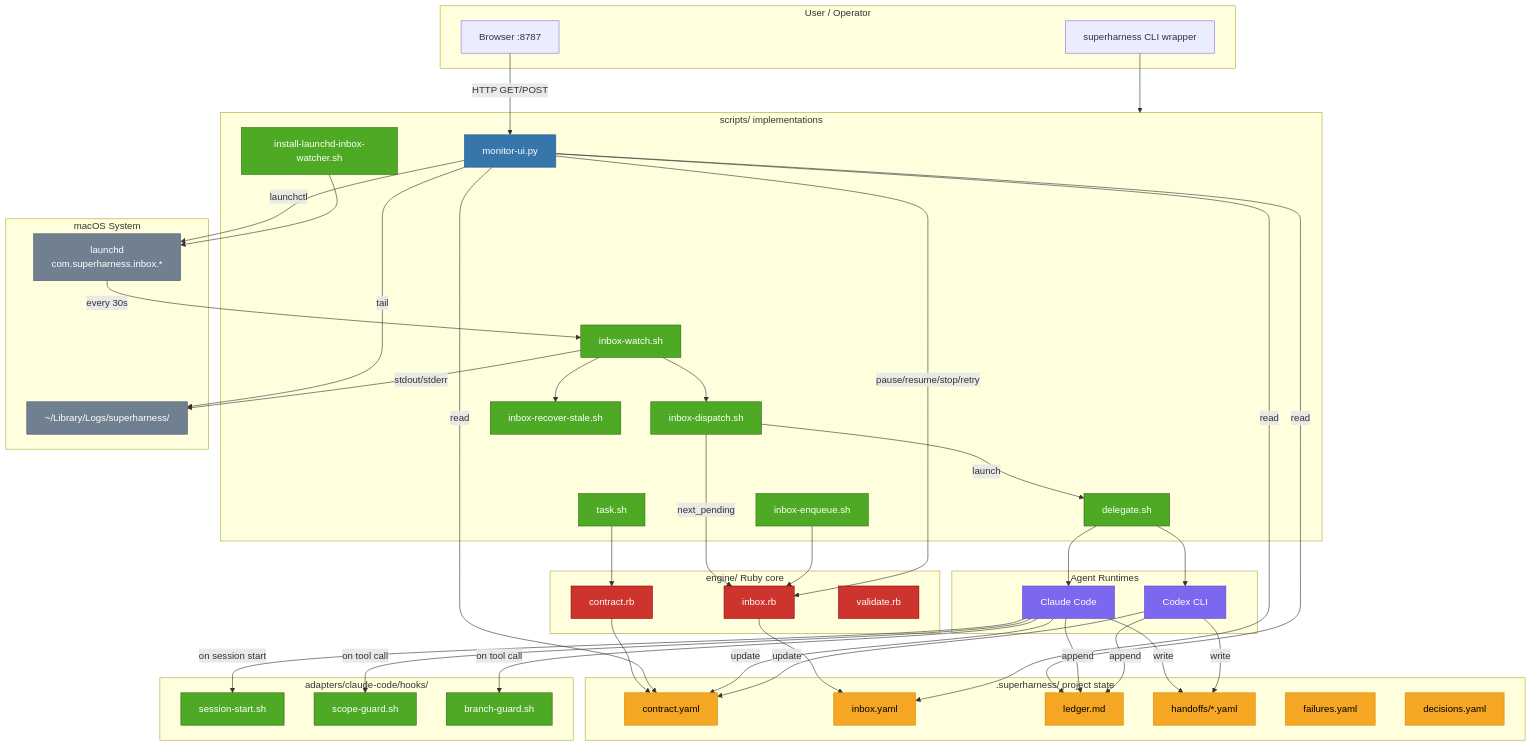
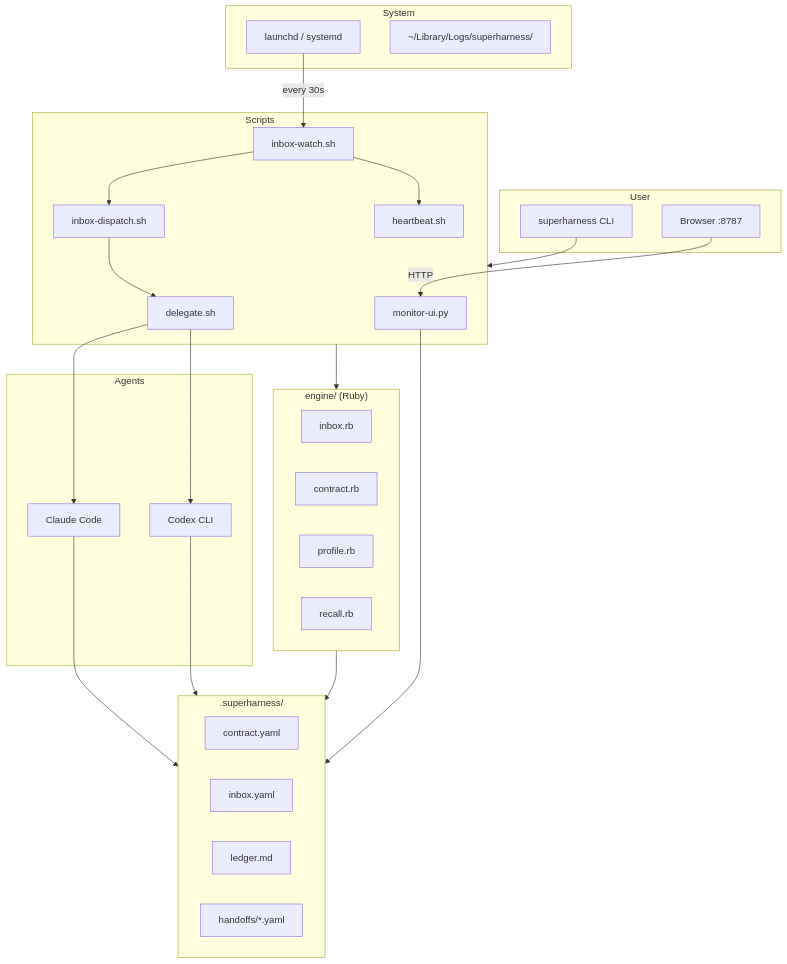
The diagram in docs/ARCHITECTURE.md (artificemachine/superharness), drawn with Mermaid before and after one commit. The commit also changed other lines of this file and 5 other files, not shown here.

Commit message:
docs: trim and consolidate — delete RELEASES/ROADMAP/TEAMS, shrink ARCHITECTURE, merge teams into GUIDE, update version to v0.8

````diff
--- a/docs/ARCHITECTURE.md
+++ b/docs/ARCHITECTURE.md
@@ -488,100 +81,53 @@
 ```mermaid
 graph TB
-    subgraph User["User / Operator"]
-        CLI["superharness CLI wrapper"]
-        MonitorBrowser["Browser :8787"]
+    subgraph User
+        CLI["superharness CLI"]
+        Browser["Browser :8787"]
     end
 
-    subgraph Scripts["scripts/ implementations"]
-        delegate_sh["delegate.sh"]
-        inbox_dispatch["inbox-dispatch.sh"]
-        inbox_watch["inbox-watch.sh"]
-        inbox_enqueue["inbox-enqueue.sh"]
-        inbox_recover["inbox-recover-stale.sh"]
-        task_sh["task.sh"]
-        monitor_ui["monitor-ui.py"]
-        install_launchd["install-launchd-inbox-watcher.sh"]
+    subgraph Scripts
+        delegate["delegate.sh"]
+        dispatch["inbox-dispatch.sh"]
+        watch["inbox-watch.sh"]
+        heartbeat["heartbeat.sh"]
+        monitor["monitor-ui.py"]
     end
 
-    subgraph Engine["engine/ Ruby core"]
+    subgraph Engine["engine/ (Ruby)"]
         inbox_rb["inbox.rb"]
         contract_rb["contract.rb"]
-        validate_rb["validate.rb"]
+        profile_rb["profile.rb"]
+        recall_rb["recall.rb"]
     end
 
-    subgraph State[".superharness/ project state"]
-        contract_yaml["contract.yaml"]
-        inbox_yaml["inbox.yaml"]
-        ledger_md["ledger.md"]
+    subgraph State[".superharness/"]
+        contract["contract.yaml"]
+        inbox["inbox.yaml"]
+        ledger["ledger.md"]
         handoffs["handoffs/*.yaml"]
-        failures["failures.yaml"]
-        decisions["decisions.yaml"]
     end
 
-    subgraph Agents["Agent Runtimes"]
+    subgraph Agents
         claude["Claude Code"]
         codex["Codex CLI"]
     end
 
-    subgraph System["macOS System"]
-        launchd["launchd<br/>com.superharness.inbox.*"]
+    subgraph System
+        launchd["launchd / systemd"]
         logs["~/Library/Logs/superharness/"]
     end
 
-    subgraph Hooks["adapters/claude-code/hooks/"]
-        session_start["session-start.sh"]
-        scope_guard["scope-guard.sh"]
-        branch_guard["branch-guard.sh"]
-    end
-
     CLI --> Scripts
-    MonitorBrowser -->|HTTP GET/POST| monitor_ui
-
-    launchd -->|every 30s| inbox_watch
-    inbox_watch --> inbox_recover
-    inbox_watch --> inbox_dispatch
-    inbox_dispatch -->|next_pending| inbox_rb
-    inbox_dispatch -->|launch| delegate_sh
-    delegate_sh --> claude
-    delegate_sh --> codex
-    inbox_enqueue --> inbox_rb
-
-    inbox_rb --> inbox_yaml
-    contract_rb --> contract_yaml
-    task_sh --> contract_rb
-
-    monitor_ui -->|tail| logs
-    monitor_ui -->|read| inbox_yaml
-    monitor_ui -->|read| ledger_md
-    monitor_ui -->|read| contract_yaml
-    monitor_ui -->|pause/resume/stop/retry| inbox_rb
-    monitor_ui -->|launchctl| launchd
-
-    claude -->|on session start| session_start
-    claude -->|on tool call| scope_guard
-    claude -->|on tool call| branch_guard
-
-    claude -->|update| contract_yaml
-    claude -->|append| ledger_md
-    claude -->|write| handoffs
-    codex -->|update| contract_yaml
-    codex -->|append| ledger_md
-    codex -->|write| handoffs
-
-    install_launchd --> launchd
-    inbox_watch -->|stdout/stderr| logs
-
-    classDef ruby fill:#cc342d,color:#fff,stroke:#8b0000
-    classDef python fill:#3776ab,color:#fff,stroke:#2b5ea1
-    classDef shell fill:#4eaa25,color:#fff,stroke:#2d6a13
-    classDef state fill:#f5a623,color:#000,stroke:#d48b06
-    classDef agent fill:#7b68ee,color:#fff,stroke:#5b48ce
-    classDef system fill:#708090,color:#fff,stroke:#4a5568
-
-    class inbox_rb,contract_rb,validate_rb ruby
-    class monitor_ui python
-    class inbox_dispatch,inbox_watch,inbox_enqueue,inbox_recover,task_sh,delegate_sh,install_launchd,session_start,scope_guard,branch_guard shell
-    class contract_yaml,inbox_yaml,ledger_md,handoffs,failures,decisions state
-    class claude,codex agent
-    class launchd,logs system
+    Browser -->|HTTP| monitor
+    launchd -->|every 30s| watch
+    watch --> dispatch
+    watch --> heartbeat
+    dispatch --> delegate
+    delegate --> claude
+    delegate --> codex
+    monitor --> State
+    claude --> State
+    codex --> State
+    Engine --> State
+    Scripts --> Engine
 ```
````
